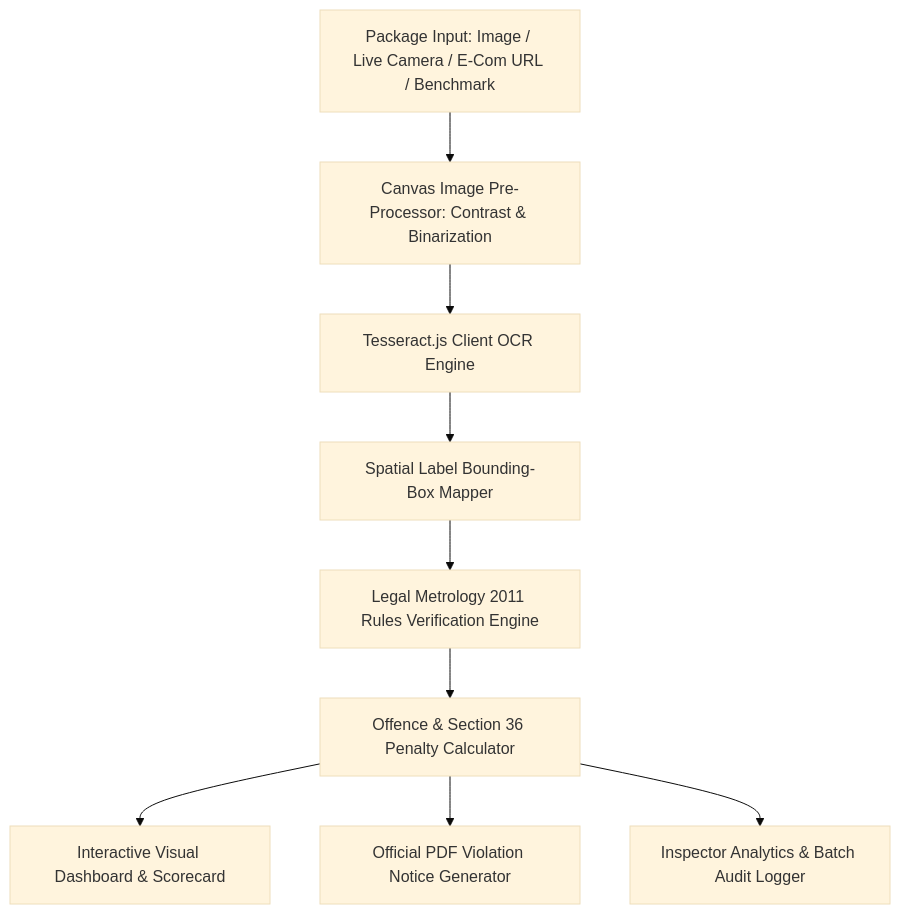
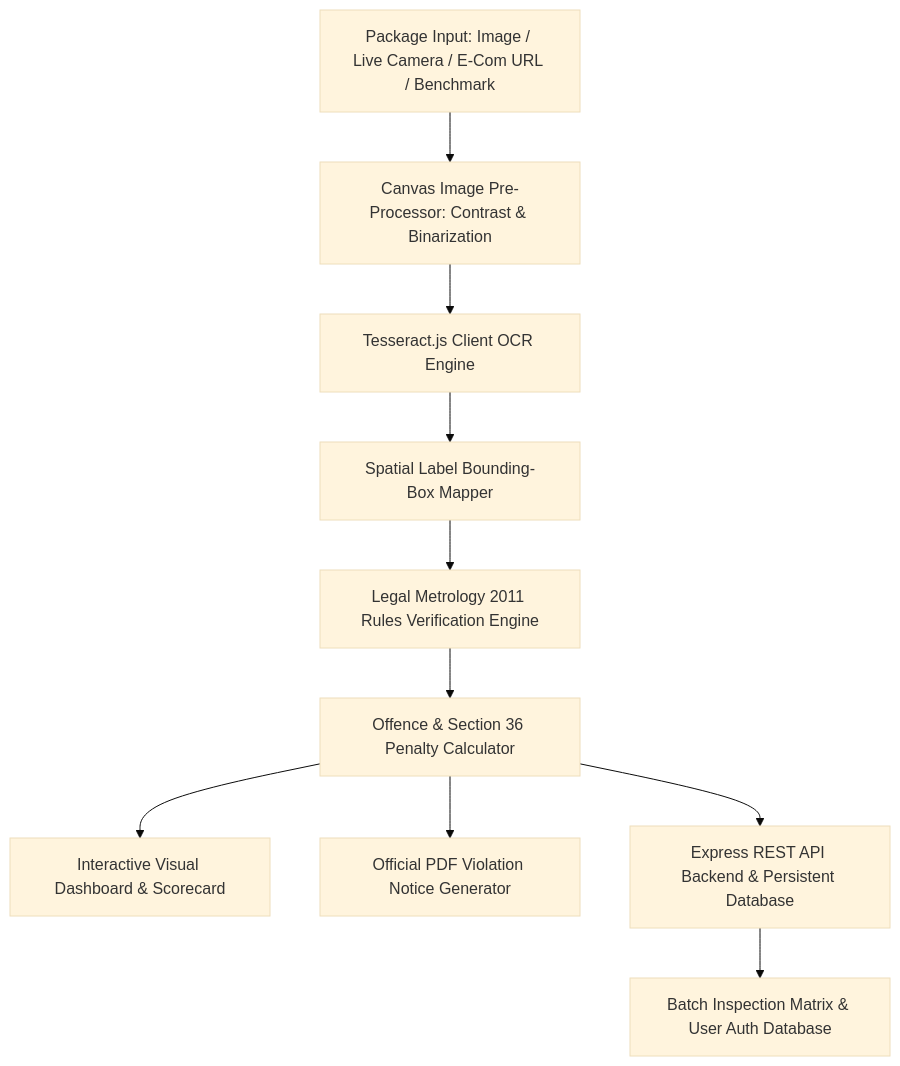
The diagram in README.md (Abhishek-1087/SIH26034_Legal_Metrology_Compliance), drawn with Mermaid (base theme) before and after one commit. The commit also changed other lines of this file, not shown here.

Commit message:
docs(readme): update README with Express backend API server, persistent database architecture, npm scripts, and system features

````diff
--- a/README.md
+++ b/README.md
@@ -61,11 +67,12 @@
 ```mermaid
 graph TD
     A[Package Input: Image / Live Camera / E-Com URL / Benchmark] --> B[Canvas Image Pre-Processor: Contrast & Binarization]
     B --> C[Tesseract.js Client OCR Engine]
     C --> D[Spatial Label Bounding-Box Mapper]
     D --> E[Legal Metrology 2011 Rules Verification Engine]
     E --> F[Offence & Section 36 Penalty Calculator]
     F --> G[Interactive Visual Dashboard & Scorecard]
     F --> H[Official PDF Violation Notice Generator]
-    F --> I[Inspector Analytics & Batch Audit Logger]
+    F --> I[Express REST API Backend & Persistent Database]
+    I --> J[Batch Inspection Matrix & User Auth Database]
 ```
````
